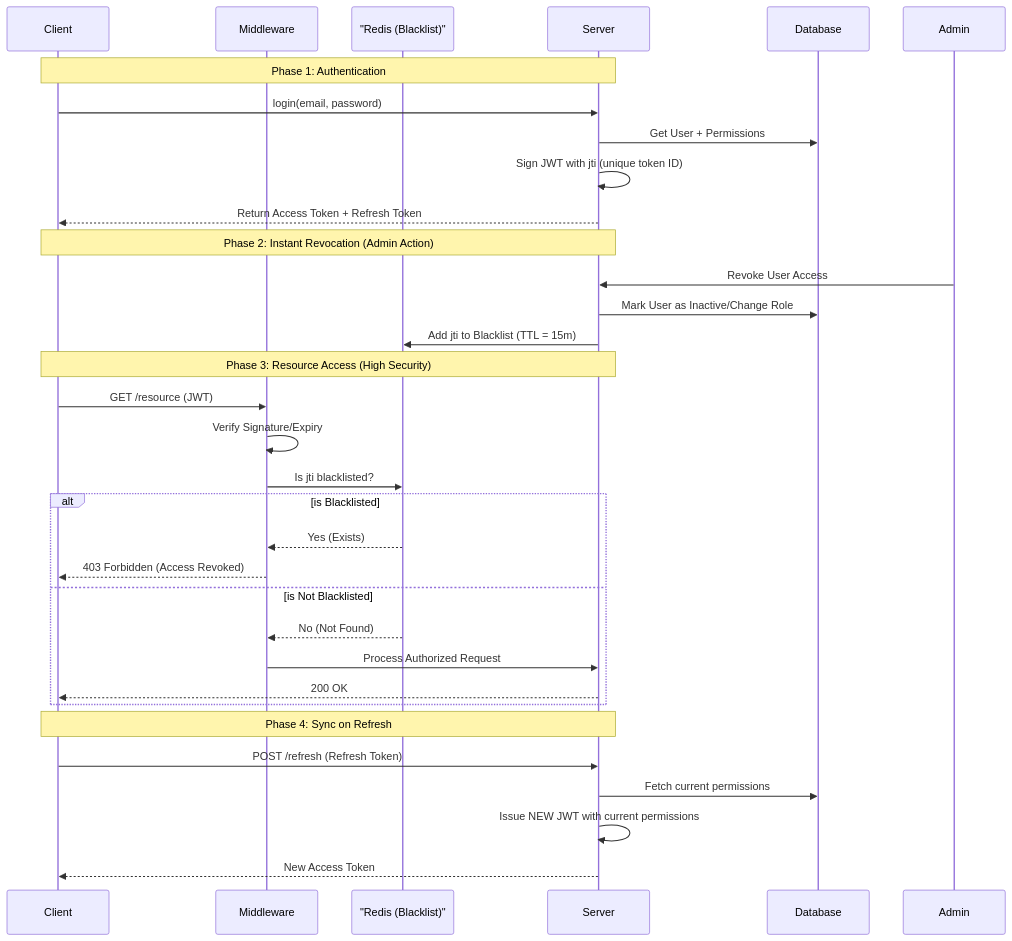
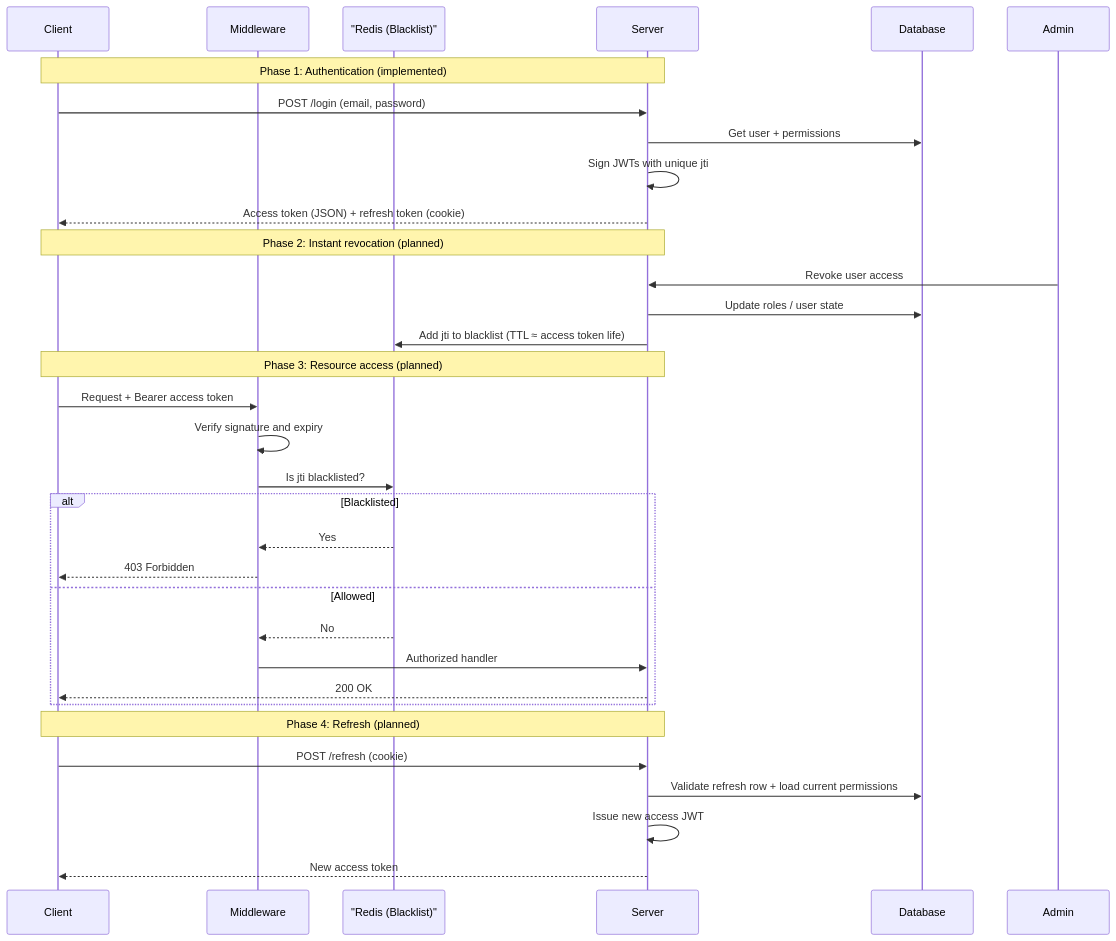
The diagram in README.md (samuelorobosa/hybridgate), drawn with Mermaid before and after one commit. The commit also changed other lines of this file, not shown here.

Commit message:
Enhance README.md with detailed project overview, authentication flow, RBAC model, and token strategy. Updated sequence diagrams to reflect implemented and planned features, including instant revocation and refresh token handling. Improved instructions for getting started and seeding the database.

````diff
--- a/README.md
+++ b/README.md
@@ -5,40 +65,39 @@
 ```mermaid
 sequenceDiagram
     participant Client
     participant Middleware
     participant RedisBlacklist as "Redis (Blacklist)"
     participant Server
     participant Database
     participant Admin
 
-    Note over Client, Server: Phase 1: Authentication
-    Client->>Server: login(email, password)
-    Server->>Database: Get User + Permissions
-    Server->>Server: Sign JWT with jti (unique token ID)
-    Server-->>Client: Return Access Token + Refresh Token
+    Note over Client, Server: Phase 1: Authentication (implemented)
+    Client->>Server: POST /login (email, password)
+    Server->>Database: Get user + permissions
+    Server->>Server: Sign JWTs with unique jti
+    Server-->>Client: Access token (JSON) + refresh token (cookie)
 
-    Note over Client, Server: Phase 2: Instant Revocation (Admin Action)
-    Admin->>Server: Revoke User Access
-    Server->>Database: Mark User as Inactive/Change Role
-    Server->>RedisBlacklist: Add jti to Blacklist (TTL = 15m)
+    Note over Client, Server: Phase 2: Instant revocation (planned)
+    Admin->>Server: Revoke user access
+    Server->>Database: Update roles / user state
+    Server->>RedisBlacklist: Add jti to blacklist (TTL ≈ access token life)
 
-    Note over Client, Server: Phase 3: Resource Access (High Security)
-    Client->>Middleware: GET /resource (JWT)
-    Middleware->>Middleware: Verify Signature/Expiry
+    Note over Client, Server: Phase 3: Resource access (planned)
+    Client->>Middleware: Request + Bearer access token
+    Middleware->>Middleware: Verify signature and expiry
     Middleware->>RedisBlacklist: Is jti blacklisted?
-
-    alt is Blacklisted
-        RedisBlacklist-->>Middleware: Yes (Exists)
-        Middleware-->>Client: 403 Forbidden (Access Revoked)
-    else is Not Blacklisted
-        RedisBlacklist-->>Middleware: No (Not Found)
-        Middleware->>Server: Process Authorized Request
+    alt Blacklisted
+        RedisBlacklist-->>Middleware: Yes
+        Middleware-->>Client: 403 Forbidden
+    else Allowed
+        RedisBlacklist-->>Middleware: No
+        Middleware->>Server: Authorized handler
         Server-->>Client: 200 OK
     end
 
-    Note over Client, Server: Phase 4: Sync on Refresh
-    Client->>Server: POST /refresh (Refresh Token)
-    Server->>Database: Fetch current permissions
-    Server->>Server: Issue NEW JWT with current permissions
-    Server-->>Client: New Access Token
+    Note over Client, Server: Phase 4: Refresh (planned)
+    Client->>Server: POST /refresh (cookie)
+    Server->>Database: Validate refresh row + load current permissions
+    Server->>Server: Issue new access JWT
+    Server-->>Client: New access token
 ```
````
